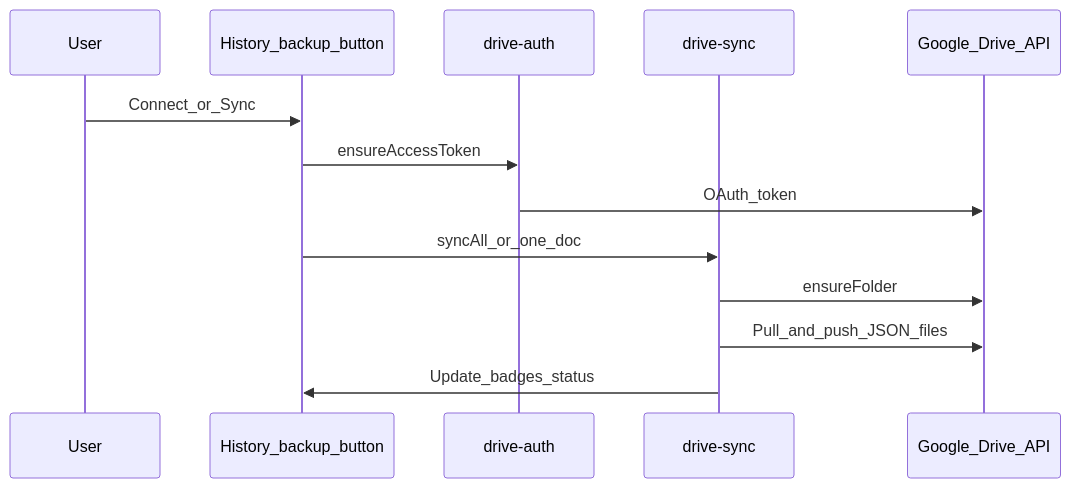
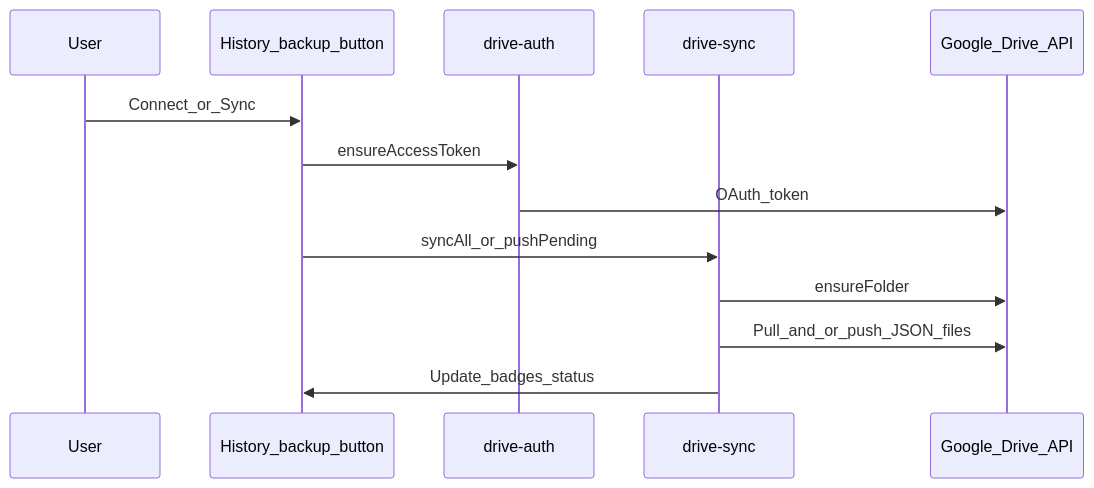
One commit to arverma/Bihar-Police-Notebook changed the diagram in docs/components/drive-backup.md. Above: the diagram before and after it, drawn with Mermaid. The commit also changed other lines of this file and 15 other files, not shown here.

````diff
--- a/docs/components/drive-backup.md
+++ b/docs/components/drive-backup.md
@@ -19,16 +29,16 @@
 ```mermaid
 sequenceDiagram
   participant User
   participant UI as History_backup_button
   participant Auth as drive-auth
   participant Sync as drive-sync
   participant Drive as Google_Drive_API
 
   User->>UI: Connect_or_Sync
   UI->>Auth: ensureAccessToken
   Auth->>Drive: OAuth_token
-  UI->>Sync: syncAll_or_one_doc
+  UI->>Sync: syncAll_or_pushPending
   Sync->>Drive: ensureFolder
-  Sync->>Drive: Pull_and_push_JSON_files
+  Sync->>Drive: Pull_and_or_push_JSON_files
   Sync->>UI: Update_badges_status
 ```
````
